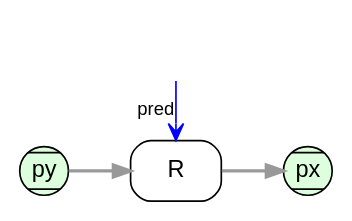
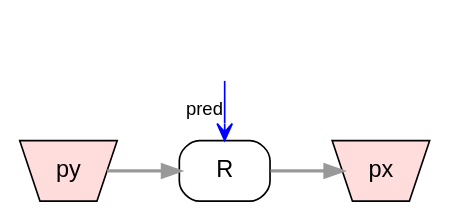
One commit to drautzburg/currychicken changed the diagram in opal/ProductsRestrict.dot. Above: the diagram before and after it, drawn with Graphviz. The commit also changed 2 other files, not shown here.

```diff
--- a/opal/ProductsRestrict.dot
+++ b/opal/ProductsRestrict.dot
@@ -1,22 +1,26 @@
 digraph d {
 	node [fontname = "Arial"];
 	edge [fontname = "Arial", fontsize=11,color="#999999", penwidth=2, weight=1];
 
 	rankdir=LR
 	subgraph product {
 		node [shape=Mcircle, style=filled, fillcolor="#DDFFDD", fixedsize=true, width=0.4]
-		px
-		py
 		}
 	subgraph process {
 		node [shape=box, style=rounded]
 		restrict [label=R]
 	}
 	subgraph invis {
 		node [shape=box, style=invis]
 		pred
 	}
+	subgraph nest {
+		node [shape=invtrapezium, style=filled, fillcolor="#FFDDDD", fixedsize=true, width=0.8]
+		px
+		py
+	}		
+
 {rank=same; pred restrict}	
 py -> restrict -> px
 pred->restrict[label="pred  ", color=blue, penwidth=1, arrowhead=open]
 }
```
